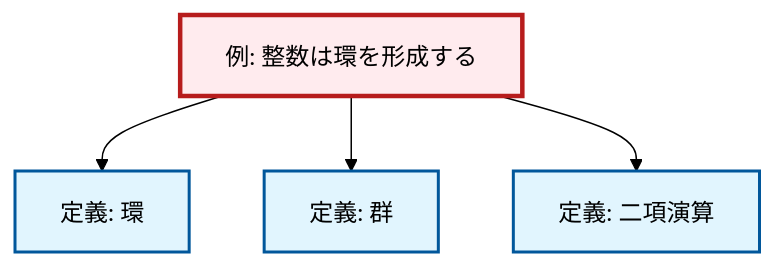
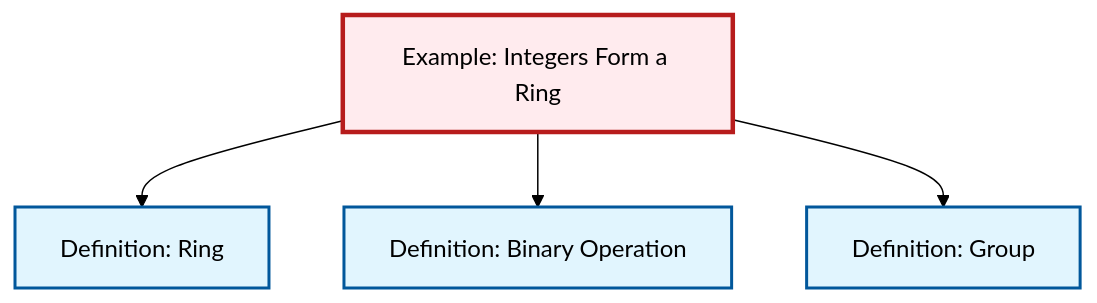
The diagram in content/ja/algebra/ex-integers-ring.qmd (RK0429/ModernMath), drawn with Mermaid (forest theme) before and after one commit. The commit also changed 203 other files, not shown here.

````diff
--- a/content/ja/algebra/ex-integers-ring.qmd
+++ b/content/ja/algebra/ex-integers-ring.qmd
@@ -55,21 +55,17 @@
 ```{mermaid}
-%%| fig-cap: "局所依存関係グラフ"
+%%| fig-cap: "Local dependency graph"
 graph TD
     classDef definition fill:#e1f5fe,stroke:#01579b,stroke-width:2px
     classDef theorem fill:#f3e5f5,stroke:#4a148c,stroke-width:2px
     classDef axiom fill:#fff3e0,stroke:#e65100,stroke-width:2px
     classDef example fill:#e8f5e9,stroke:#1b5e20,stroke-width:2px
     classDef current fill:#ffebee,stroke:#b71c1c,stroke-width:3px
-    def-binary-operation["定義: 二項演算"]:::definition
-    def-ring["定義: 環"]:::definition
-    ex-integers-ring["例: 整数は環を形成する"]:::example
-    def-group["定義: 群"]:::definition
+    def-group["Definition: Group"]:::definition
+    def-ring["Definition: Ring"]:::definition
+    ex-integers-ring["Example: Integers Form a Ring"]:::example
+    def-binary-operation["Definition: Binary Operation"]:::definition
     ex-integers-ring --> def-ring
+    ex-integers-ring --> def-binary-operation
     ex-integers-ring --> def-group
-    ex-integers-ring --> def-binary-operation
     class ex-integers-ring current
-
-    click def-binary-operation "def-binary-operation.html" "Go to 定義: 二項演算"
-    click def-ring "def-ring.html" "Go to 定義: 環"
-    click def-group "def-group.html" "Go to 定義: 群"
 ```
````
